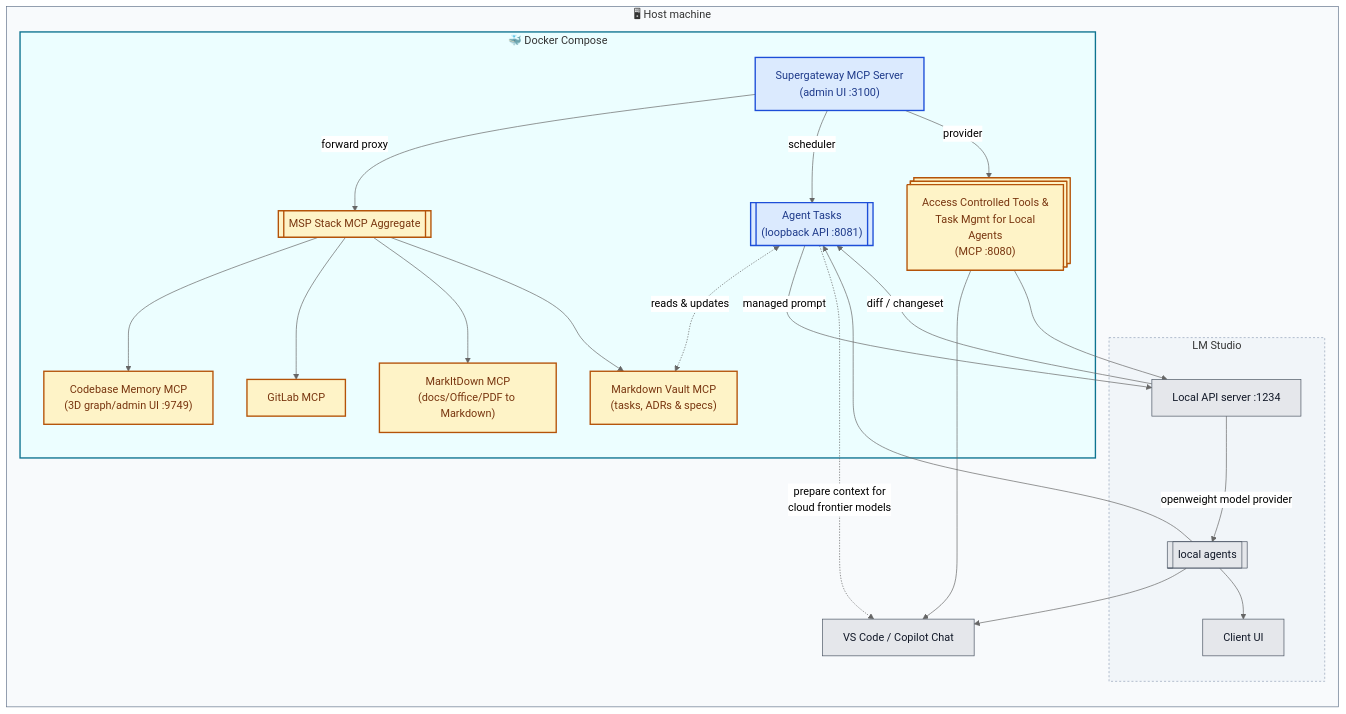
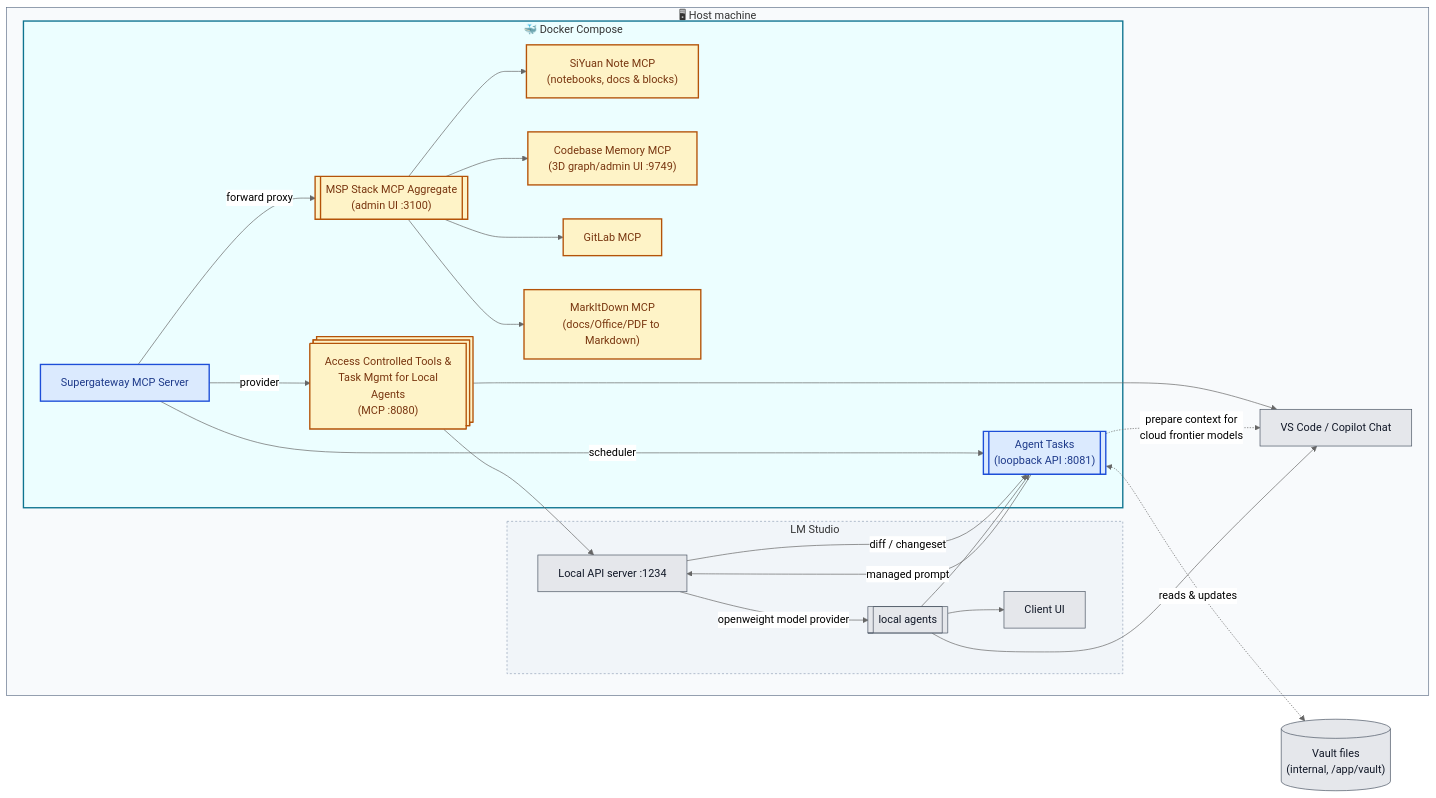
One commit to Flexi23/vscode-mcp-supergateway changed the diagram in README.md. Above: the diagram before and after it, drawn with Mermaid (neutral theme). The commit also changed other lines of this file and 8 other files, not shown here.

First line of the commit message:
feat: swap markdown-vault upstream for siyuan-note

````diff
--- a/README.md
+++ b/README.md
@@ -21,70 +21,70 @@
 ```mermaid
 graph LR
     subgraph Host["🖥 Host machine"]
         Copilot["VS Code / Copilot Chat"]
 
         subgraph LMStudio["LM Studio"]
           LMStudioServer["Local API server :1234"]
           LMStudioUI["Client UI"]
           LocalAgents@{ shape: subproc, label: "local agents" }
         end
 
         subgraph Docker["🐳 Docker Compose"]
-            Supergateway["Supergateway MCP Server<br/>(admin UI :3100)"]
+            Supergateway["Supergateway MCP Server"]
 
             Loopback@{ shape: subproc, label: "Agent Tasks<br/>(loopback API :8081)" }
-            Proxy@{ shape: subproc, label: "MSP Stack MCP Aggregate" }
+            Proxy@{ shape: subproc, label: "MSP Stack MCP Aggregate<br/>(admin UI :3100)" }
             MCP@{ shape: processes, label: "Access Controlled Tools &<br/> Task Mgmt for Local Agents<br/>(MCP :8080)" }
 
-            MarkdownVault["Markdown Vault MCP<br/>(tasks, ADRs & specs)"]
+            SiYuanNote["SiYuan Note MCP<br/>(notebooks, docs & blocks)"]
             CodebaseMemory["Codebase Memory MCP<br>(3D graph/admin UI :9749)"]
             GitLab["GitLab MCP"]
             MarkItDown["MarkItDown MCP<br/>(docs/Office/PDF to Markdown)"]
         end
     end
 
     Supergateway --> |forward proxy| Proxy
     Supergateway --> |scheduler| Loopback
-    Loopback <-. reads & updates .-> MarkdownVault
+    Loopback <-. reads & updates .-> VaultFiles@{ shape: cyl, label: "Vault files<br/>(internal, /app/vault)" }
     Supergateway --> |provider|MCP
 
     MCP --> Copilot
     MCP --> LMStudioServer
 
     LMStudioServer --> |openweight model provider| LocalAgents
     LMStudioServer --> |diff / changeset| Loopback
     Loopback --> |managed prompt| LMStudioServer
     Loopback -. prepare context for<br/> cloud frontier models .-> Copilot
 
     LocalAgents --> Copilot
     LocalAgents --> Loopback
     LocalAgents --> LMStudioUI
 
     Proxy --> CodebaseMemory
     Proxy --> GitLab
     Proxy --> MarkItDown
-    Proxy --> MarkdownVault
+    Proxy --> SiYuanNote
 
     click Supergateway "blob/main/src/gateway.ts" "Entry point: src/gateway.ts (main())"
     click Loopback "blob/main/src/server.ts" "Entry point: src/server.ts (startBackendServer)"
     click Proxy href "https://www.npmjs.com/package/@mspstack/mcp-gateway" "npm: @mspstack/mcp-gateway" _blank
     click MCP href "https://www.npmjs.com/package/@mspstack/mcp-gateway" "npm: @mspstack/mcp-gateway (RBAC & tool access)" _blank
-    click MarkdownVault href "https://www.npmjs.com/package/@wirux/mcp-markdown-vault" "npm: @wirux/mcp-markdown-vault" _blank
+    click SiYuanNote href "https://www.npmjs.com/package/siyuan-mcp" "npm: siyuan-mcp" _blank
     click CodebaseMemory href "https://www.npmjs.com/package/codebase-memory-mcp" "npm: codebase-memory-mcp" _blank
     click GitLab href "https://www.npmjs.com/package/@zereight/mcp-gitlab" "npm: @zereight/mcp-gitlab" _blank
     click MarkItDown href "https://pypi.org/project/markitdown-mcp/" "PyPI: markitdown-mcp" _blank
     click LMStudioServer href "https://lmstudio.ai/docs/app/api" "LM Studio local server docs" _blank
     click LMStudioUI href "https://lmstudio.ai/" "LM Studio" _blank
 
     classDef entryPoint fill:#dbeafe,stroke:#1d4ed8,stroke-width:2px,color:#1e3a8a;
     classDef thirdParty fill:#fef3c7,stroke:#b45309,stroke-width:2px,color:#78350f;
     classDef hostApp fill:#e5e7eb,stroke:#4b5563,stroke-width:1px,color:#111827;
 
     class Supergateway,Loopback entryPoint;
-    class Proxy,MCP,MarkdownVault,CodebaseMemory,GitLab,MarkItDown thirdParty;
-    class Copilot,LMStudioServer,LMStudioUI,LocalAgents hostApp;
+    class Proxy,MCP,SiYuanNote,CodebaseMemory,GitLab,MarkItDown thirdParty;
+    class Copilot,LMStudioServer,LMStudioUI,LocalAgents,VaultFiles hostApp;
 
     style Host fill:#f8fafc,stroke:#64748b,stroke-width:1px
     style LMStudio fill:#f1f5f9,stroke:#94a3b8,stroke-width:1px,stroke-dasharray: 3 3
     style Docker fill:#ecfeff,stroke:#0e7490,stroke-width:2px
 ```
````
